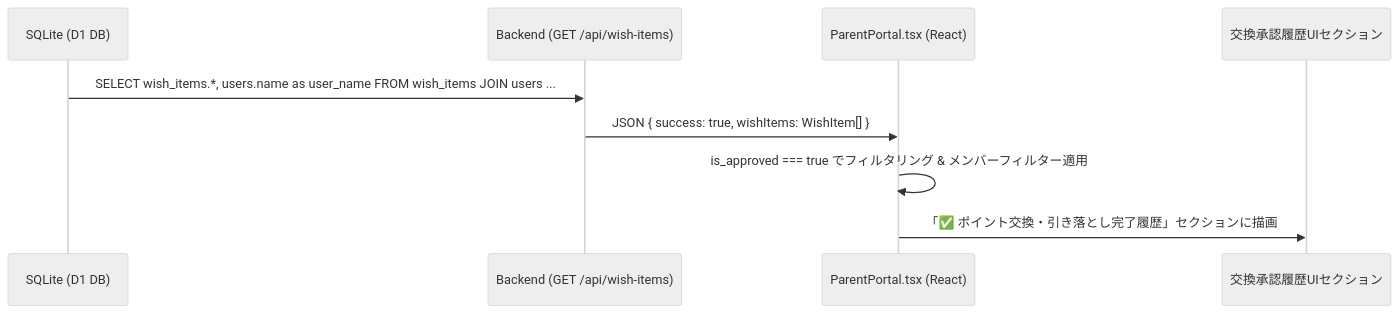
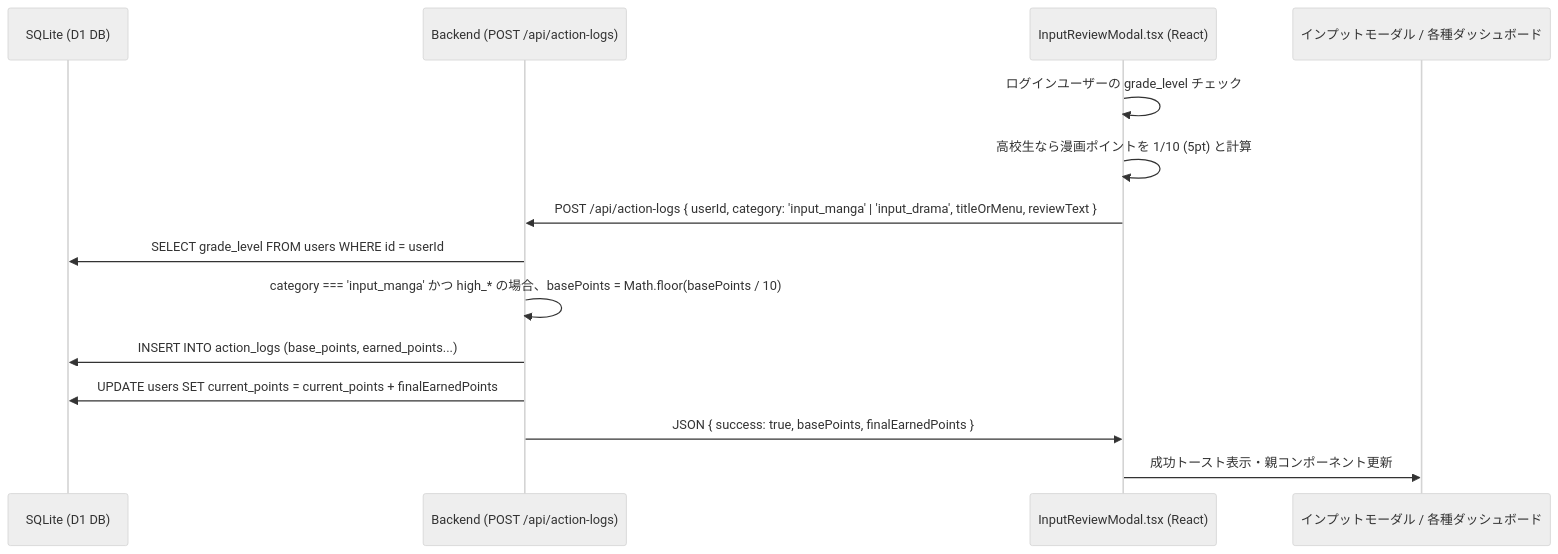
Before and after one commit to keitarofukui/incentique: the diagram in docs/design-spec.md, drawn with Mermaid (neutral theme). The commit also changed other lines of this file and 15 other files, not shown here.

````diff
--- a/docs/design-spec.md
+++ b/docs/design-spec.md
@@ -22,12 +44,17 @@
 ```mermaid
 sequenceDiagram
     participant DB as SQLite (D1 DB)
-    participant API as Backend (GET /api/wish-items)
-    participant Front as ParentPortal.tsx (React)
-    participant UI as 交換承認履歴UIセクション
+    participant API as Backend (POST /api/action-logs)
+    participant Front as InputReviewModal.tsx (React)
+    participant UI as インプットモーダル / 各種ダッシュボード
 
-    DB->>API: SELECT wish_items.*, users.name as user_name FROM wish_items JOIN users ...
-    API->>Front: JSON { success: true, wishItems: WishItem[] }
-    Front->>Front: is_approved === true でフィルタリング & メンバーフィルター適用
-    Front->>UI: 「✅ ポイント交換・引き落とし完了履歴」セクションに描画
+    Front->>Front: ログインユーザーの grade_level チェック
+    Front->>Front: 高校生なら漫画ポイントを 1/10 (5pt) と計算
+    Front->>API: POST /api/action-logs { userId, category: 'input_manga' | 'input_drama', titleOrMenu, reviewText }
+    API->>DB: SELECT grade_level FROM users WHERE id = userId
+    API->>API: category === 'input_manga' かつ high_* の場合、basePoints = Math.floor(basePoints / 10)
+    API->>DB: INSERT INTO action_logs (base_points, earned_points...)
+    API->>DB: UPDATE users SET current_points = current_points + finalEarnedPoints
+    API->>Front: JSON { success: true, basePoints, finalEarnedPoints }
+    Front->>UI: 成功トースト表示・親コンポーネント更新
 ```
````
